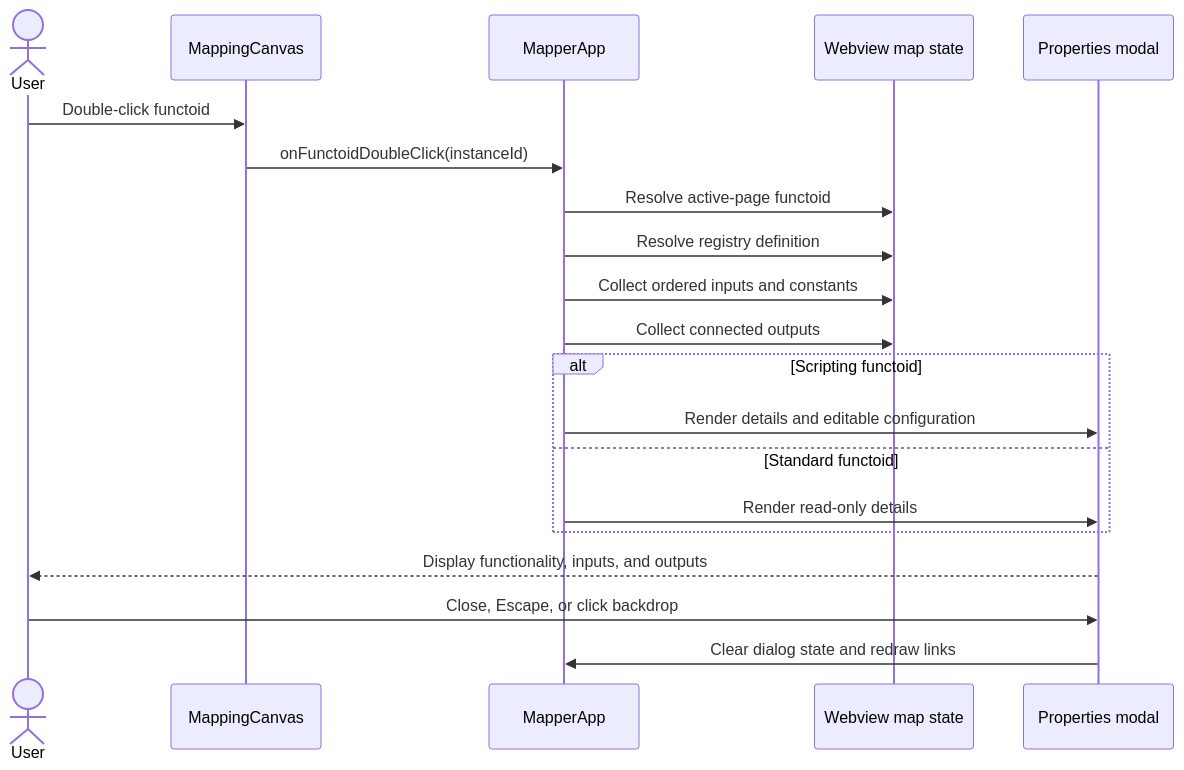
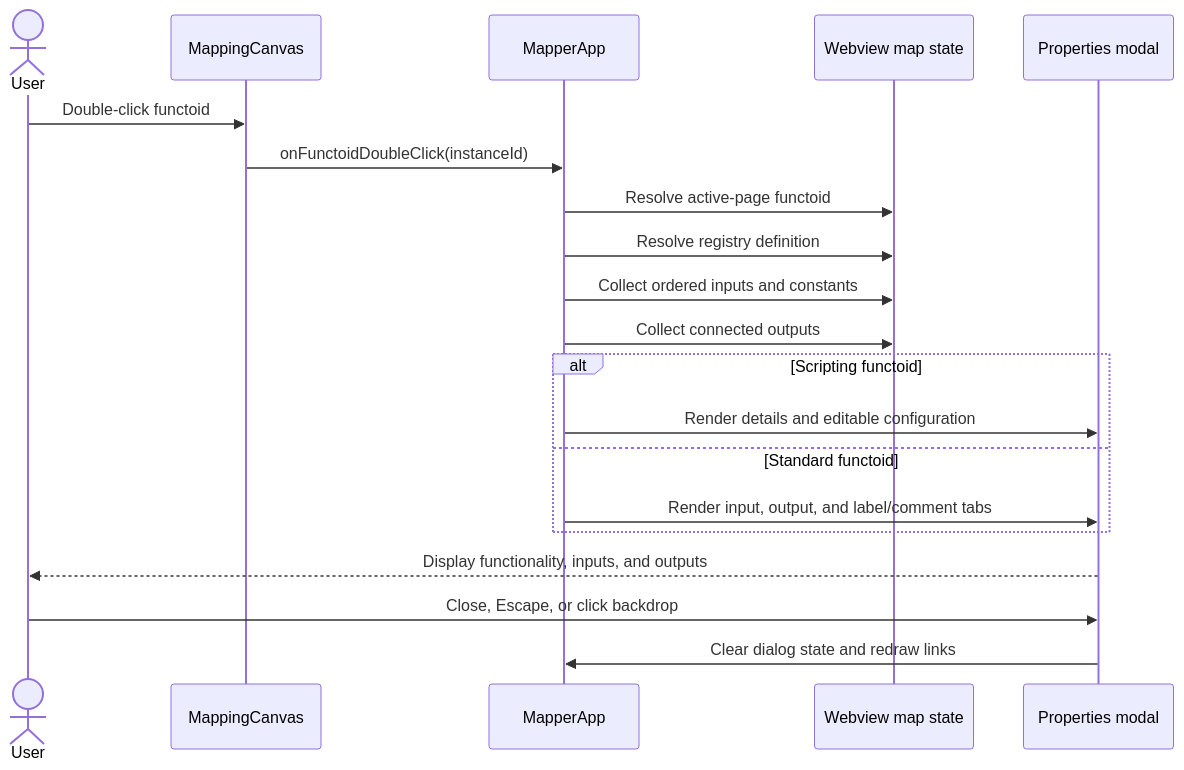
Before and after one commit to Azure/LogicAppsUX: the second of 3 diagrams in libs/data-mapper-v3/docs/functoid-properties-design.md, drawn with Mermaid. The commit also changed other lines of this file and 22 other files, not shown here.

Commit message:
Making UX design updates and fixing few schema bugs

````diff
--- a/libs/data-mapper-v3/docs/functoid-properties-design.md
+++ b/libs/data-mapper-v3/docs/functoid-properties-design.md
@@ -56,23 +57,23 @@
 ```mermaid
 sequenceDiagram
     actor User
     participant Canvas as MappingCanvas
     participant App as MapperApp
     participant State as Webview map state
     participant Modal as Properties modal
 
     User->>Canvas: Double-click functoid
     Canvas->>App: onFunctoidDoubleClick(instanceId)
     App->>State: Resolve active-page functoid
     App->>State: Resolve registry definition
     App->>State: Collect ordered inputs and constants
     App->>State: Collect connected outputs
     alt Scripting functoid
         App->>Modal: Render details and editable configuration
     else Standard functoid
-        App->>Modal: Render read-only details
+            App->>Modal: Render input, output, and label/comment tabs
     end
     Modal-->>User: Display functionality, inputs, and outputs
     User->>Modal: Close, Escape, or click backdrop
     Modal->>App: Clear dialog state and redraw links
 ```
````
